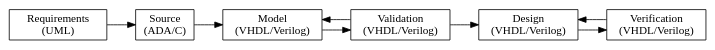
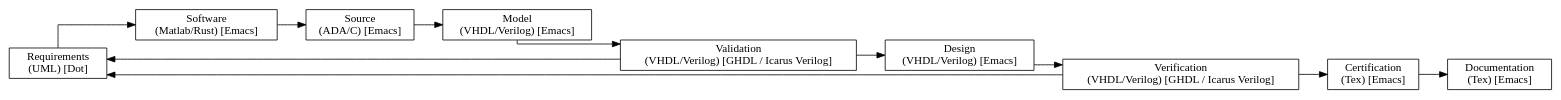
Before and after one commit to PacoReinaCampo/MPSoC-NoC: the diagram in doc/project.dot, drawn with Graphviz. The commit also changed other lines of this file and 1738 other files, not shown here.

```diff
--- a/doc/project.dot
+++ b/doc/project.dot
@@ -1,24 +1,30 @@
 digraph Project {
   // Introduction
   graph [rankdir = LR, splines=ortho];
   node[shape=record];
 
   // Blocks
-  Requirements[label="Requirements \n(UML)"];
-  Source[label="Source \n(ADA/C)"];
-  Model[label="Model \n(VHDL/Verilog)"];
-  Validation[label="Validation \n(VHDL/Verilog)"];
-  Design[label="Design \n(VHDL/Verilog)"];
-  Verification[label="Verification \n(VHDL/Verilog)"];
+  Requirements[label="Requirements \n(UML) [Dot]"];
+  Software[label="Software \n(Matlab/Rust) [Emacs]"];
+  Source[label="Source \n(ADA/C) [Emacs]"];
+  Model[label="Model \n(VHDL/Verilog) [Emacs]"];
+  Validation[label="Validation \n(VHDL/Verilog) [GHDL / Icarus Verilog]"];
+  Design[label="Design \n(VHDL/Verilog) [Emacs]"];
+  Verification[label="Verification \n(VHDL/Verilog) [GHDL / Icarus Verilog]"];
+  Certification[label="Certification \n(Tex) [Emacs]"];
+  Documentation[label="Documentation \n(Tex) [Emacs]"];
 
   // Sequence
-  Requirements -> Source;
+  Requirements -> Software;
+  Software -> Source;
   Source -> Model;
   Model -> Validation;
   Validation -> Design;
   Design -> Verification;
+  Verification -> Certification;
+  Certification -> Documentation;
 
   // Feedback
-  Validation -> Model;
-  Verification -> Design;
+  Validation -> Requirements;
+  Verification -> Requirements;
 }
```
